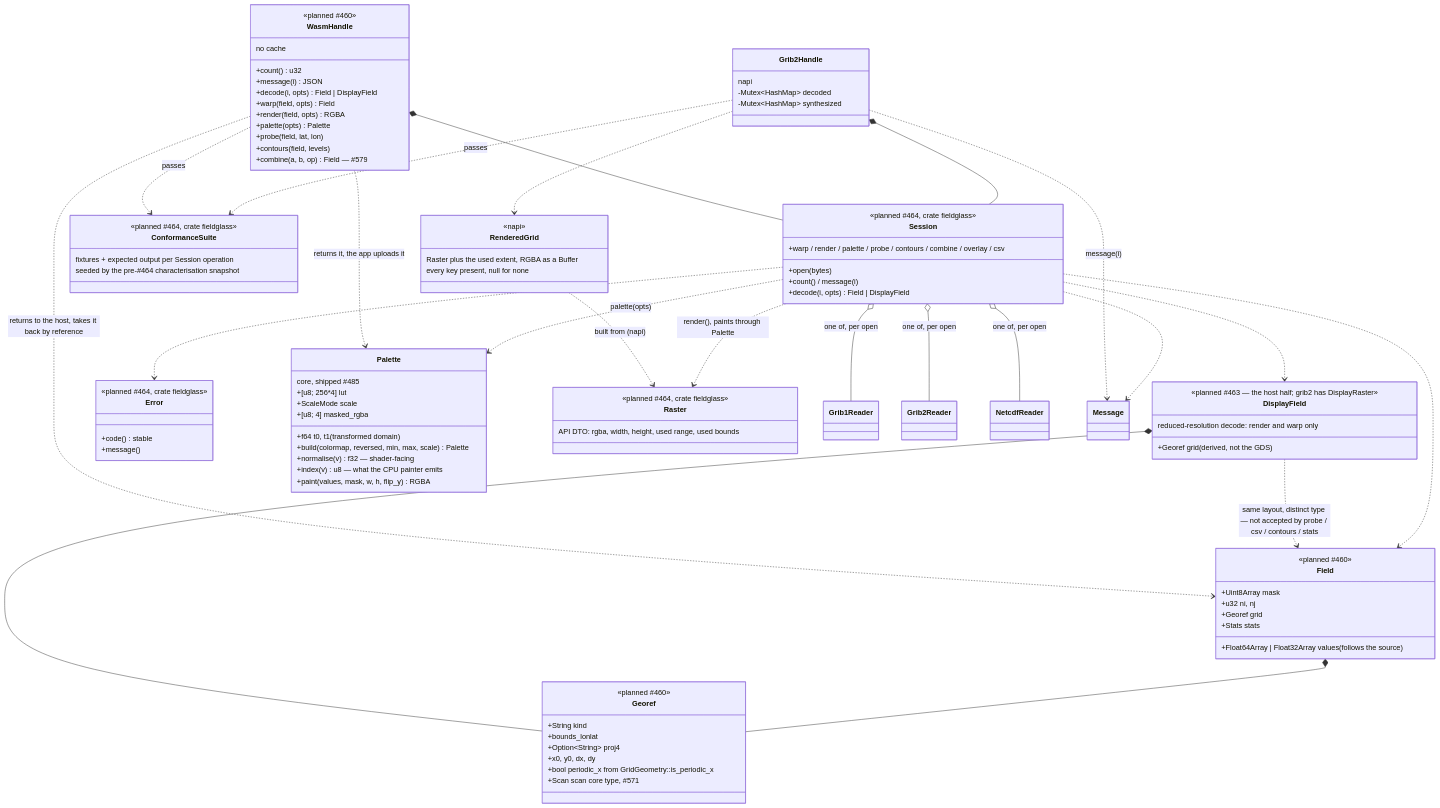
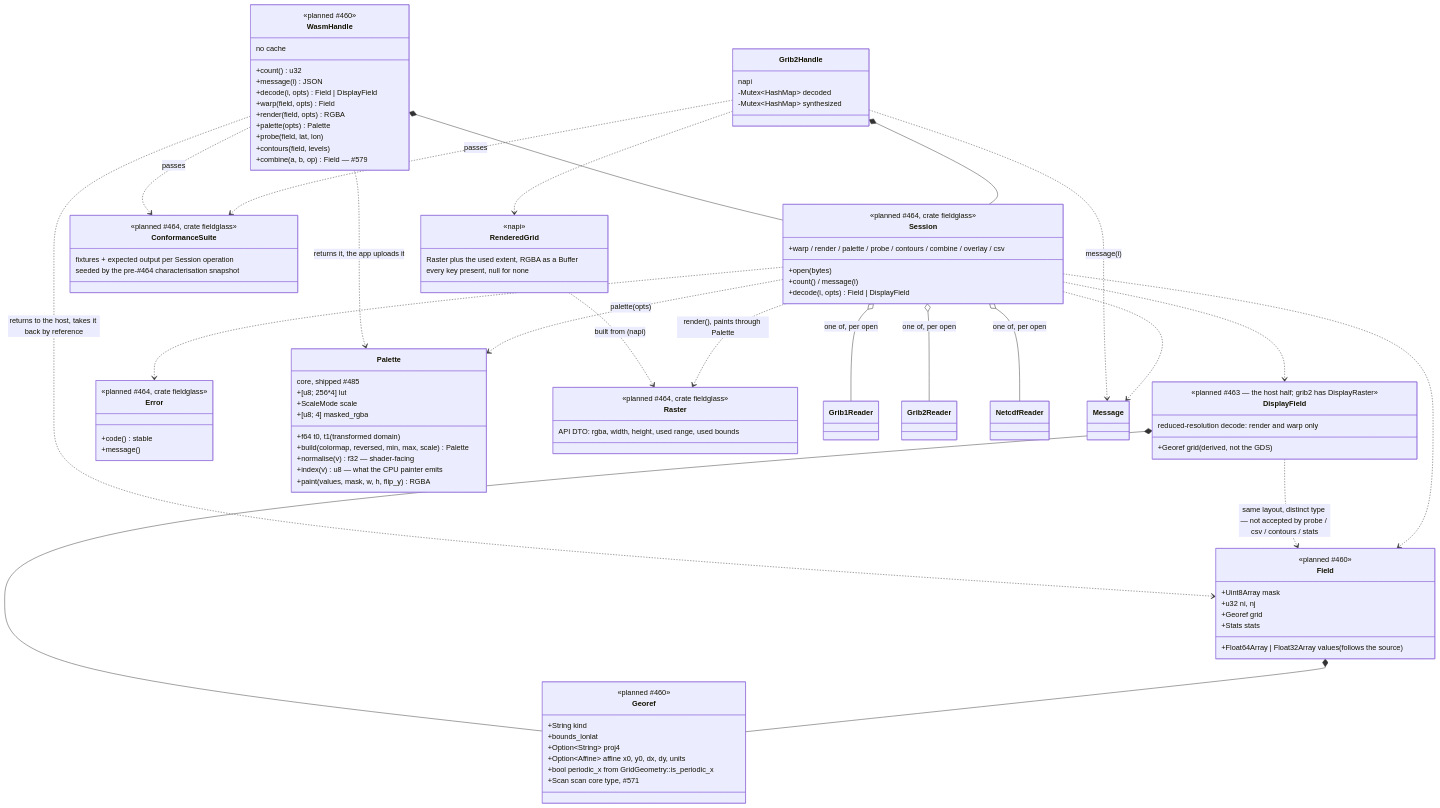
One commit to D0ubleD0uble/fieldglass changed the fourth of 4 diagrams in docs/architecture/planned/03-composition.md. Above: the diagram before and after it, drawn with Mermaid. The commit also changed 15 other files, not shown here.

```diff
--- a/docs/architecture/planned/03-composition.md
+++ b/docs/architecture/planned/03-composition.md
@@ -267,7 +267,7 @@
         +String kind
         +bounds_lonlat
         +Option~String~ proj4
-        +x0, y0, dx, dy
+        +Option~Affine~ affine x0, y0, dx, dy, units
         +bool periodic_x from GridGeometry#58;#58;is_periodic_x
         +Scan scan core type, #571
     }
```
